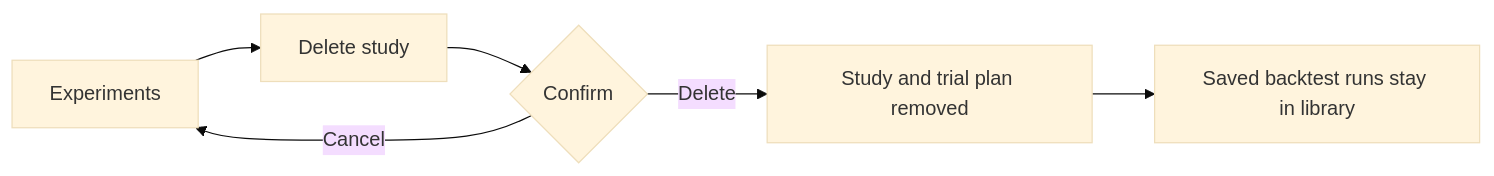
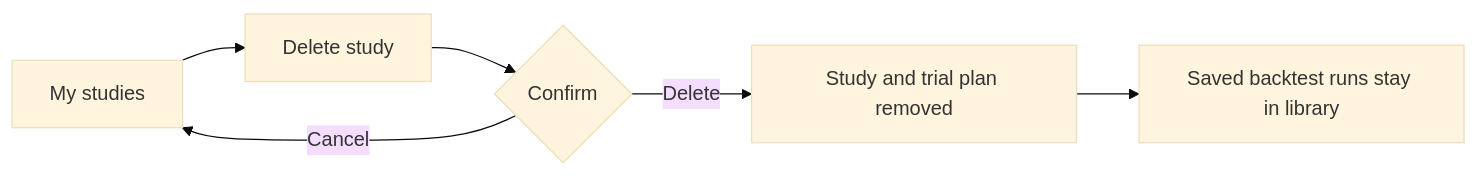
The eighth of 16 diagrams in README.md (mamamiya7/backtest-vault), drawn with Mermaid (base theme) before and after one commit. The commit also changed other lines of this file and 18 other files, not shown here.

````diff
--- a/README.md
+++ b/README.md
@@ -166,8 +181,8 @@
 ```mermaid
 flowchart LR
-    A[Experiments] --> B[Delete study]
+    A[My studies] --> B[Delete study]
     B --> C{Confirm}
     C -->|Cancel| A
     C -->|Delete| D[Study and trial plan removed]
     D --> E[Saved backtest runs stay in library]
 ```
````
